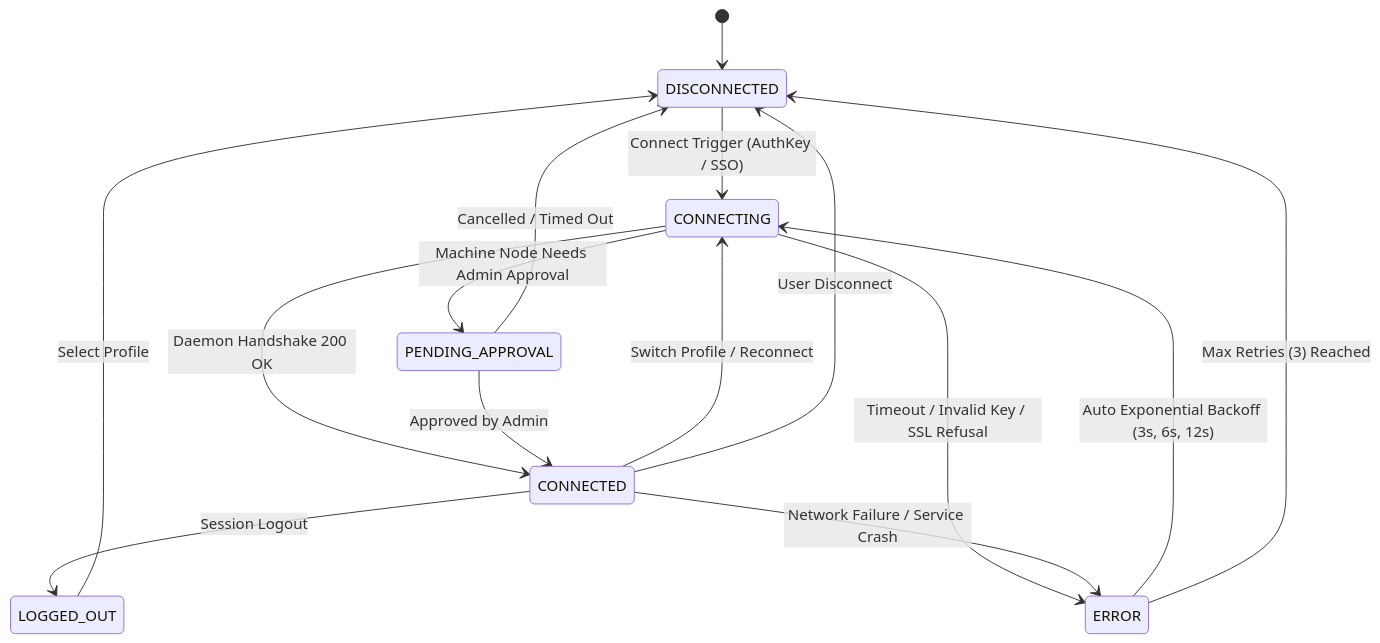
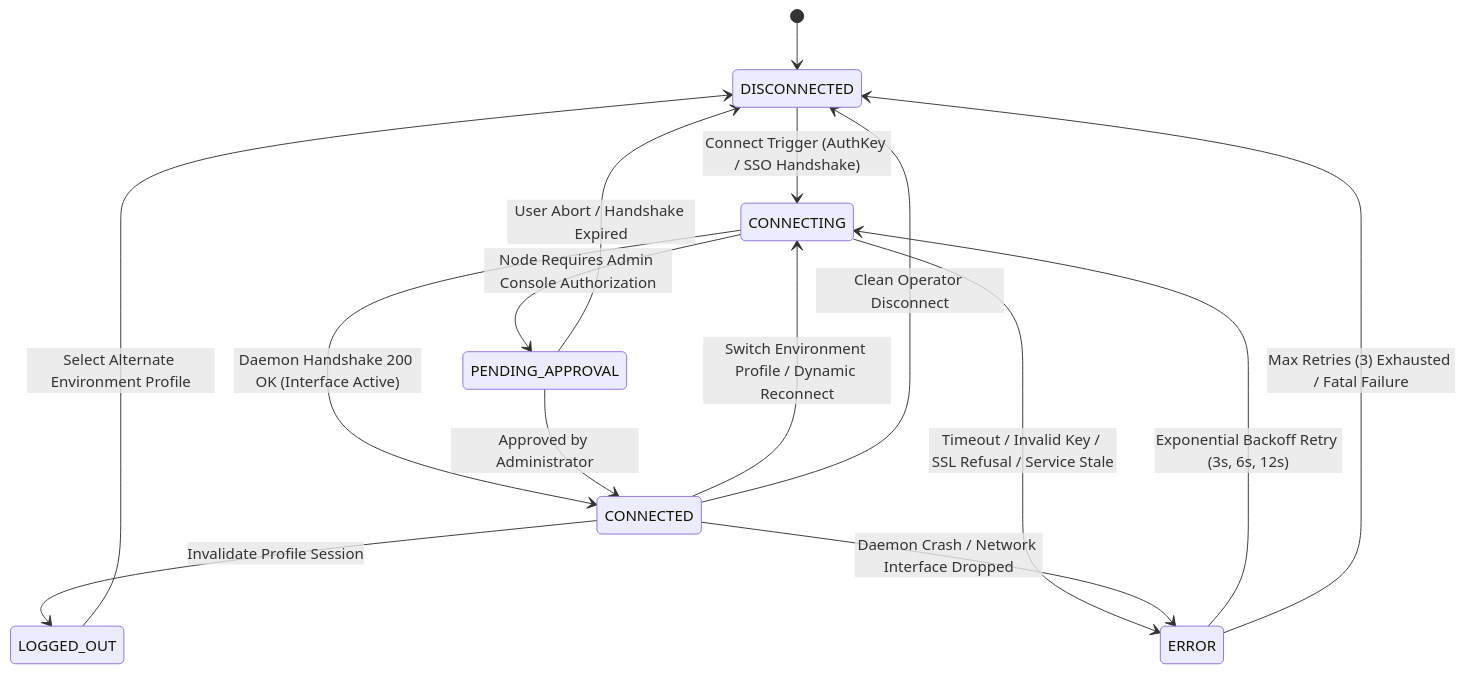
Before and after one commit to Arean82/Tailscale-Headscale-Client: the second of 3 diagrams in Docs/README.md, drawn with Mermaid. The commit also changed other lines of this file and 3 other files, not shown here.

````diff
--- a/Docs/README.md
+++ b/Docs/README.md
@@ -69,22 +82,22 @@
 ```mermaid
 stateDiagram-v2
     [*] --> DISCONNECTED
 
-    DISCONNECTED --> CONNECTING : Connect Trigger (AuthKey / SSO)
-    CONNECTING --> CONNECTED : Daemon Handshake 200 OK
-    CONNECTING --> ERROR : Timeout / Invalid Key / SSL Refusal
-    CONNECTING --> PENDING_APPROVAL : Machine Node Needs Admin Approval
+    DISCONNECTED --> CONNECTING : Connect Trigger (AuthKey / SSO Handshake)
+    CONNECTING --> CONNECTED : Daemon Handshake 200 OK (Interface Active)
+    CONNECTING --> ERROR : Timeout / Invalid Key / SSL Refusal / Service Stale
+    CONNECTING --> PENDING_APPROVAL : Node Requires Admin Console Authorization
 
-    PENDING_APPROVAL --> CONNECTED : Approved by Admin
-    PENDING_APPROVAL --> DISCONNECTED : Cancelled / Timed Out
+    PENDING_APPROVAL --> CONNECTED : Approved by Administrator
+    PENDING_APPROVAL --> DISCONNECTED : User Abort / Handshake Expired
 
-    CONNECTED --> CONNECTING : Switch Profile / Reconnect
-    CONNECTED --> DISCONNECTED : User Disconnect
-    CONNECTED --> LOGGED_OUT : Session Logout
-    CONNECTED --> ERROR : Network Failure / Service Crash
+    CONNECTED --> CONNECTING : Switch Environment Profile / Dynamic Reconnect
+    CONNECTED --> DISCONNECTED : Clean Operator Disconnect
+    CONNECTED --> LOGGED_OUT : Invalidate Profile Session
+    CONNECTED --> ERROR : Daemon Crash / Network Interface Dropped
 
-    ERROR --> CONNECTING : Auto Exponential Backoff (3s, 6s, 12s)
-    ERROR --> DISCONNECTED : Max Retries (3) Reached
+    ERROR --> CONNECTING : Exponential Backoff Retry (3s, 6s, 12s)
+    ERROR --> DISCONNECTED : Max Retries (3) Exhausted / Fatal Failure
 
-    LOGGED_OUT --> DISCONNECTED : Select Profile
+    LOGGED_OUT --> DISCONNECTED : Select Alternate Environment Profile
 ```
````
